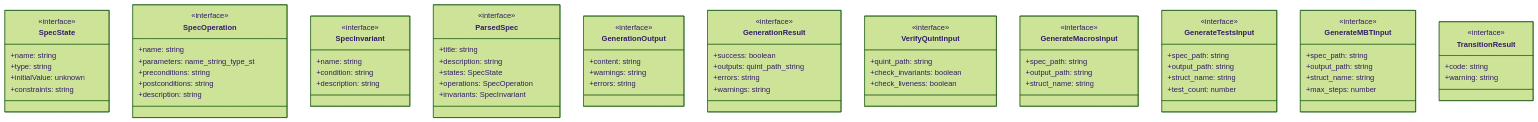
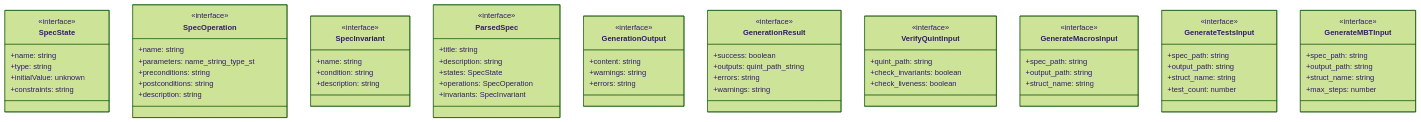
One commit to Mekann2904/mekann changed the first of 2 diagrams in ABDD/.pi/extensions/invariant-pipeline.md. Above: the diagram before and after it, drawn with Mermaid (forest theme). The commit also changed other lines of this file and 277 other files, not shown here.

````diff
--- a/ABDD/.pi/extensions/invariant-pipeline.md
+++ b/ABDD/.pi/extensions/invariant-pipeline.md
@@ -34,76 +57,71 @@
 ```mermaid
 classDiagram
   class SpecState {
     <<interface>>
     +name: string
     +type: string
     +initialValue: unknown
     +constraints: string
   }
   class SpecOperation {
     <<interface>>
     +name: string
     +parameters: name_string_type_st
     +preconditions: string
     +postconditions: string
     +description: string
   }
   class SpecInvariant {
     <<interface>>
     +name: string
     +condition: string
     +description: string
   }
   class ParsedSpec {
     <<interface>>
     +title: string
     +description: string
     +states: SpecState
     +operations: SpecOperation
     +invariants: SpecInvariant
   }
   class GenerationOutput {
     <<interface>>
     +content: string
     +warnings: string
     +errors: string
   }
   class GenerationResult {
     <<interface>>
     +success: boolean
     +outputs: quint_path_string
     +errors: string
     +warnings: string
   }
   class VerifyQuintInput {
     <<interface>>
     +quint_path: string
     +check_invariants: boolean
     +check_liveness: boolean
   }
   class GenerateMacrosInput {
     <<interface>>
     +spec_path: string
     +output_path: string
     +struct_name: string
   }
   class GenerateTestsInput {
     <<interface>>
     +spec_path: string
     +output_path: string
     +struct_name: string
     +test_count: number
   }
   class GenerateMBTInput {
     <<interface>>
     +spec_path: string
     +output_path: string
     +struct_name: string
     +max_steps: number
   }
-  class TransitionResult {
-    <<interface>>
-    +code: string
-    +warning: string
-  }
 ```
````
